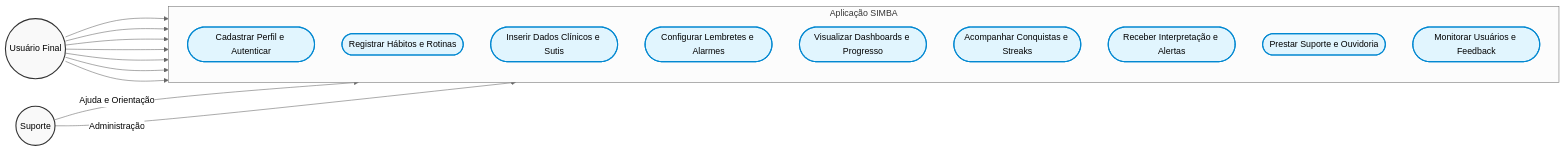
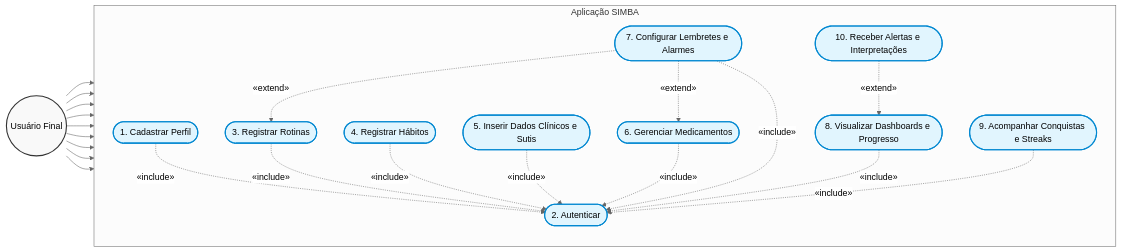
One commit to JoaoManoelSilvaMorais/Sistema-Integrado-de-Monitoramento-do-Bem-estar-SIMBA- changed the first of 2 diagrams in README.md. Above: the diagram before and after it, drawn with Mermaid (neutral theme).

````diff
--- a/README.md
+++ b/README.md
@@ -37,40 +37,51 @@
 ```mermaid
 flowchart LR
     %% Definição de Estilos
     classDef actorStyle fill:#f9f9f9,stroke:#333,stroke-width:2px,color:#000;
     classDef usecaseStyle fill:#e1f5fe,stroke:#0288d1,stroke-width:2px,color:#000;
-    classDef systemStyle fill:#ffffff,stroke:#666,stroke-width:2px,stroke-dasharray: 5 5;
 
     %% Atores
     User((Usuário Final)):::actorStyle
-    Support((Suporte)):::actorStyle
 
     %% Sistema SIMBA
     subgraph SIMBA [Aplicação SIMBA]
         direction TB
         
-        UC1([Cadastrar Perfil e Autenticar]):::usecaseStyle
-        UC2([Registrar Hábitos e Rotinas]):::usecaseStyle
-        UC3([Inserir Dados Clínicos e Sutis]):::usecaseStyle
-        UC4([Configurar Lembretes e Alarmes]):::usecaseStyle
-        UC5([Visualizar Dashboards e Progresso]):::usecaseStyle
-        UC6([Acompanhar Conquistas e Streaks]):::usecaseStyle
-        UC7([Receber Interpretação e Alertas]):::usecaseStyle
-        
-        UC8([Prestar Suporte e Ouvidoria]):::usecaseStyle
-        UC9([Monitorar Usuários e Feedback]):::usecaseStyle
+        UC1([1. Cadastrar Perfil]):::usecaseStyle
+        UC2([2. Autenticar]):::usecaseStyle
+        UC3([3. Registrar Rotinas]):::usecaseStyle
+        UC4([4. Registrar Hábitos]):::usecaseStyle
+        UC5([5. Inserir Dados Clínicos e Sutis]):::usecaseStyle
+        UC6([6. Gerenciar Medicamentos]):::usecaseStyle
+        UC7([7. Configurar Lembretes e Alarmes]):::usecaseStyle
+        UC8([8. Visualizar Dashboards e Progresso]):::usecaseStyle
+        UC9([9. Acompanhar Conquistas e Streaks]):::usecaseStyle
+        UC10([10. Receber Alertas e Interpretações]):::usecaseStyle
     end
 
-    %% Relacionamentos do Usuário Final
+    %% Relacionamentos Principais do Usuário Final
     User --> UC1
     User --> UC2
     User --> UC3
     User --> UC4
     User --> UC5
     User --> UC6
     User --> UC7
+    User --> UC8
+    User --> UC9
 
-    %% Relacionamentos do Suporte
-    Support -->|Ajuda e Orientação| UC8
-    Support -->|Administração| UC9
+    %% Relacionamentos <<include>> (Existem Fluxos para Autenticar)
+    UC1 -.->|«include»| UC2
+    UC3 -.->|«include»| UC2
+    UC4 -.->|«include»| UC2
+    UC5 -.->|«include»| UC2
+    UC6 -.->|«include»| UC2
+    UC7 -.->|«include»| UC2
+    UC8 -.->|«include»| UC2
+    UC9 -.->|«include»| UC2
+
+    %% Relacionamentos <<extend>> (Ações Opcionais)
+    UC7 -.->|«extend»| UC6
+    UC7 -.->|«extend»| UC3
+    UC10 -.->|«extend»| UC8
 ```
````
